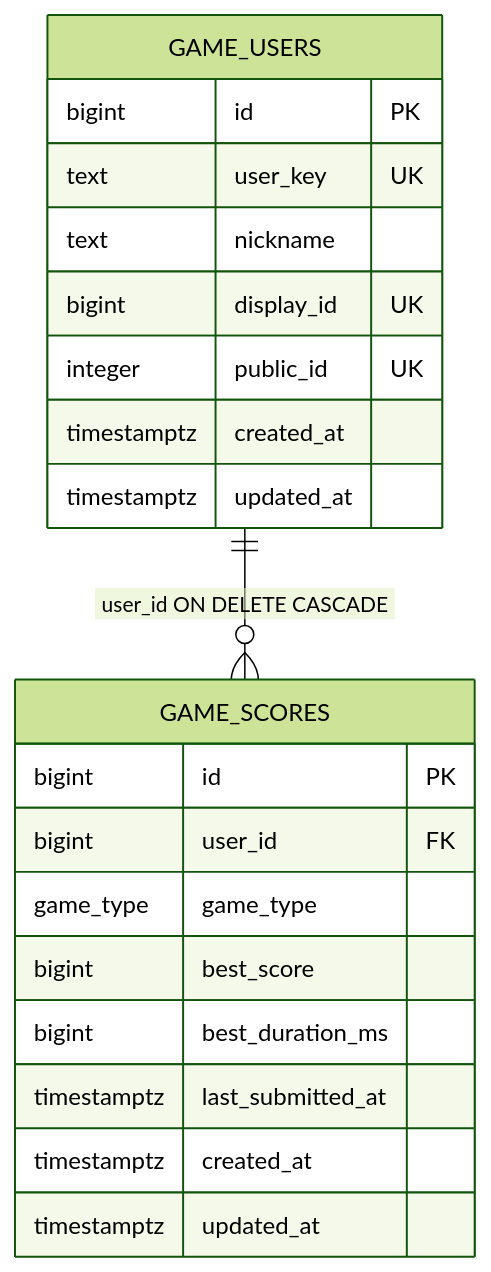
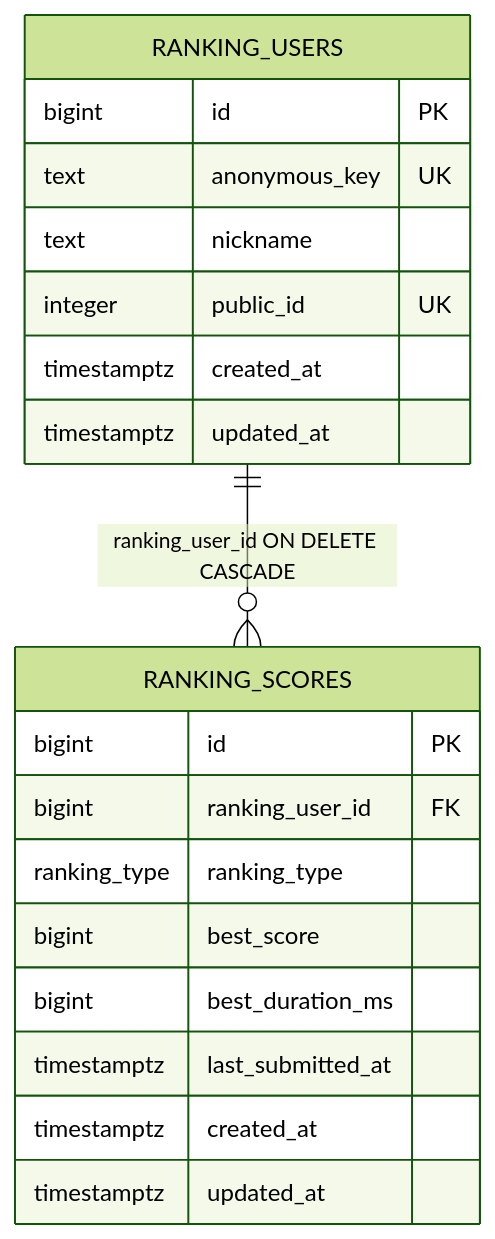
One commit to toss-aug-hackathon/blow-balloon changed the diagram in docs/erd.md. Above: the diagram before and after it, drawn with Mermaid (forest theme). The commit also changed other lines of this file and 38 other files, not shown here.

````diff
--- a/docs/erd.md
+++ b/docs/erd.md
@@ -9,25 +9,24 @@
 ```mermaid
 erDiagram
-  GAME_USERS ||--o{ GAME_SCORES : "user_id ON DELETE CASCADE"
+  RANKING_USERS ||--o{ RANKING_SCORES : "ranking_user_id ON DELETE CASCADE"
 
-  GAME_USERS {
+  RANKING_USERS {
     bigint id PK
-    text user_key UK
+    text anonymous_key UK
     text nickname
-    bigint display_id UK
     integer public_id UK
     timestamptz created_at
     timestamptz updated_at
   }
 
-  GAME_SCORES {
+  RANKING_SCORES {
     bigint id PK
-    bigint user_id FK
-    game_type game_type
+    bigint ranking_user_id FK
+    ranking_type ranking_type
     bigint best_score
     bigint best_duration_ms
     timestamptz last_submitted_at
     timestamptz created_at
     timestamptz updated_at
   }
 ```
````
